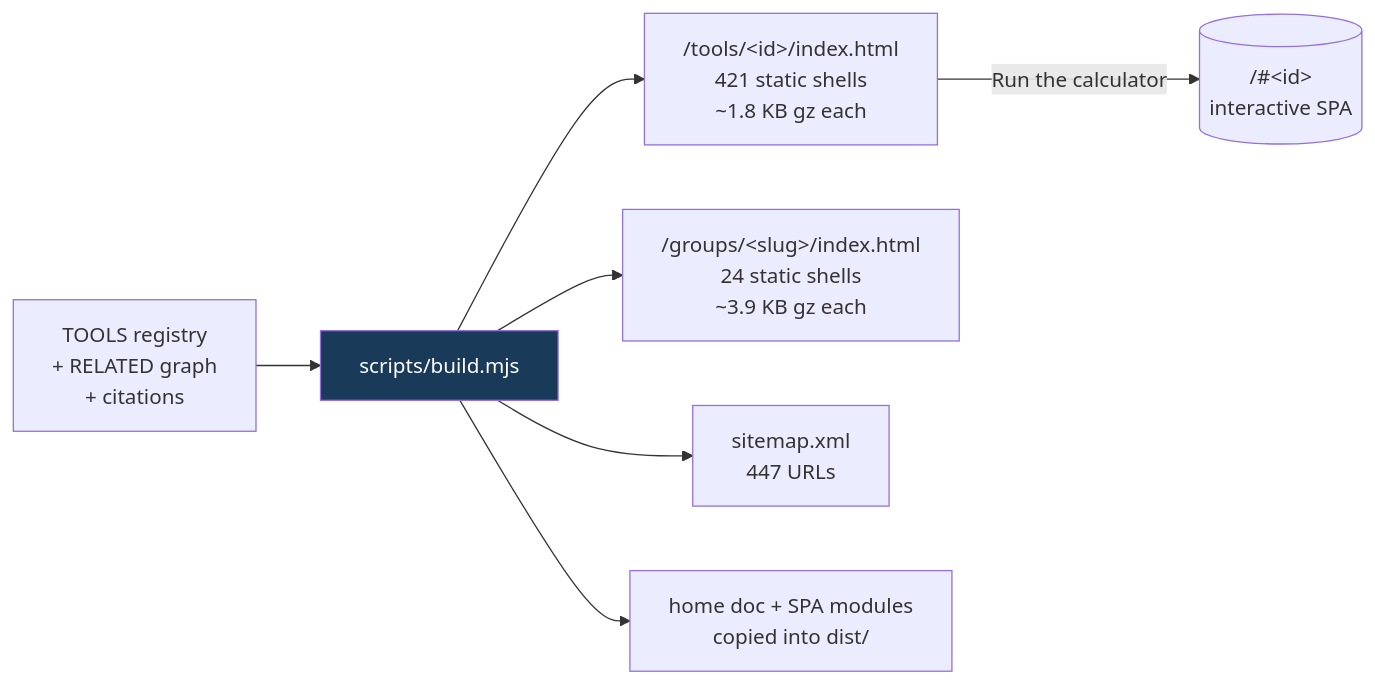
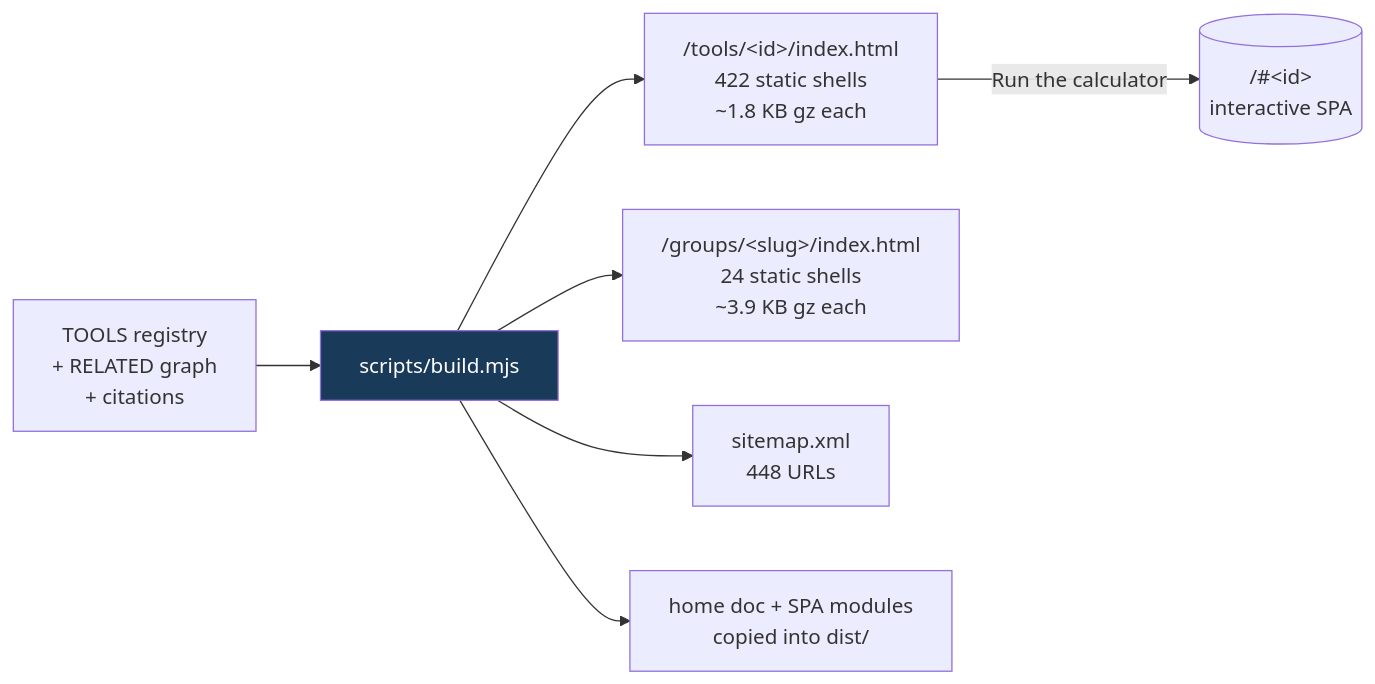
One commit to clay-good/roughlogic.com changed the third of 5 diagrams in README.md. Above: the diagram before and after it, drawn with Mermaid. The commit also changed other lines of this file and 15 other files, not shown here.

````diff
--- a/README.md
+++ b/README.md
@@ -184,10 +184,10 @@
 ```mermaid
 flowchart LR
     SRC[TOOLS registry\n+ RELATED graph\n+ citations] --> BUILD[scripts/build.mjs]
-    BUILD --> TILE["/tools/&lt;id&gt;/index.html\n421 static shells\n~1.8 KB gz each"]
+    BUILD --> TILE["/tools/&lt;id&gt;/index.html\n422 static shells\n~1.8 KB gz each"]
     BUILD --> GROUP["/groups/&lt;slug&gt;/index.html\n24 static shells\n~3.9 KB gz each"]
-    BUILD --> MAP["sitemap.xml\n447 URLs"]
+    BUILD --> MAP["sitemap.xml\n448 URLs"]
     BUILD --> COPY[home doc + SPA modules\ncopied into dist/]
     TILE -->|Run the calculator| SPA[("/#&lt;id&gt;\ninteractive SPA")]
     style BUILD fill:#1a3a5a,color:#fff
 ```
````
